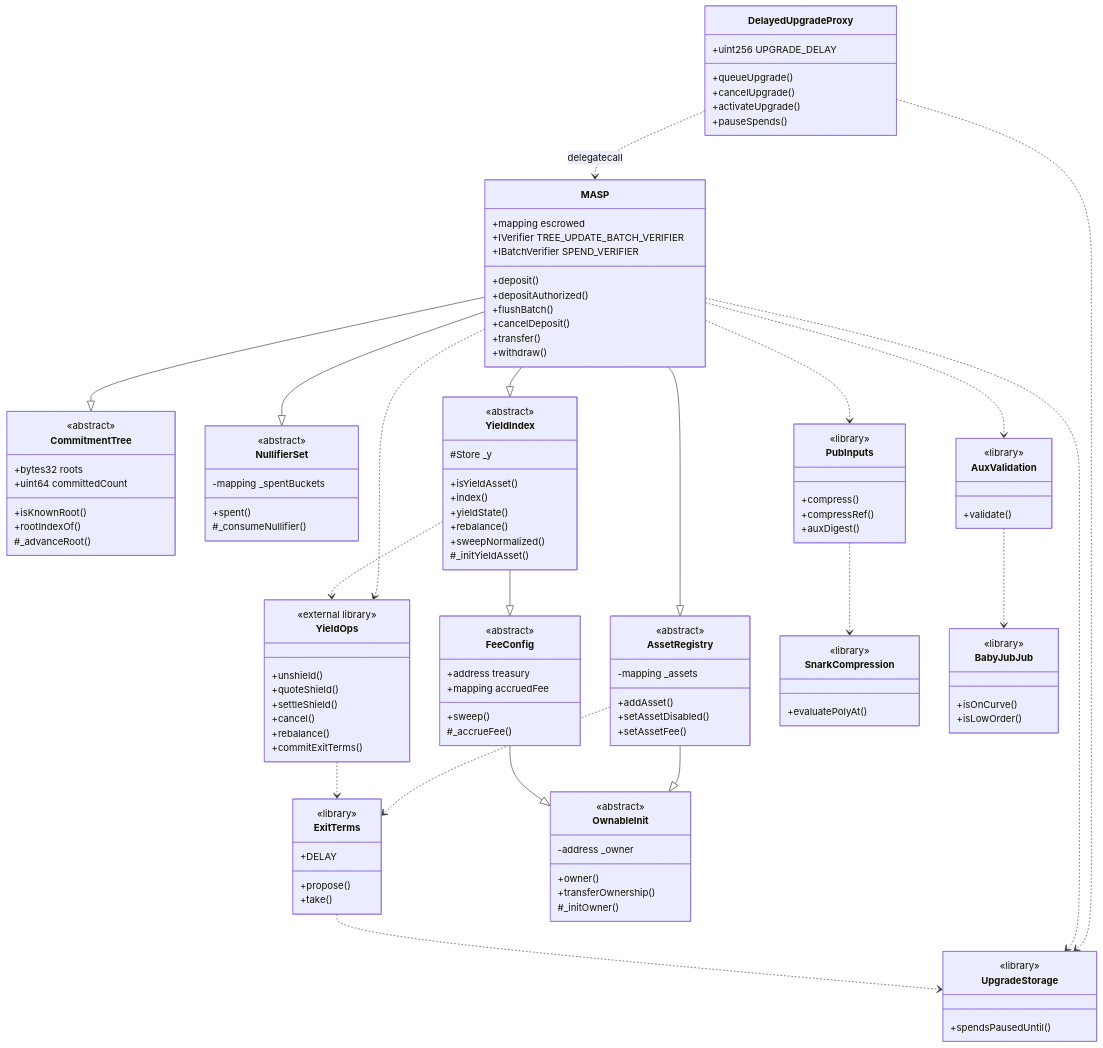
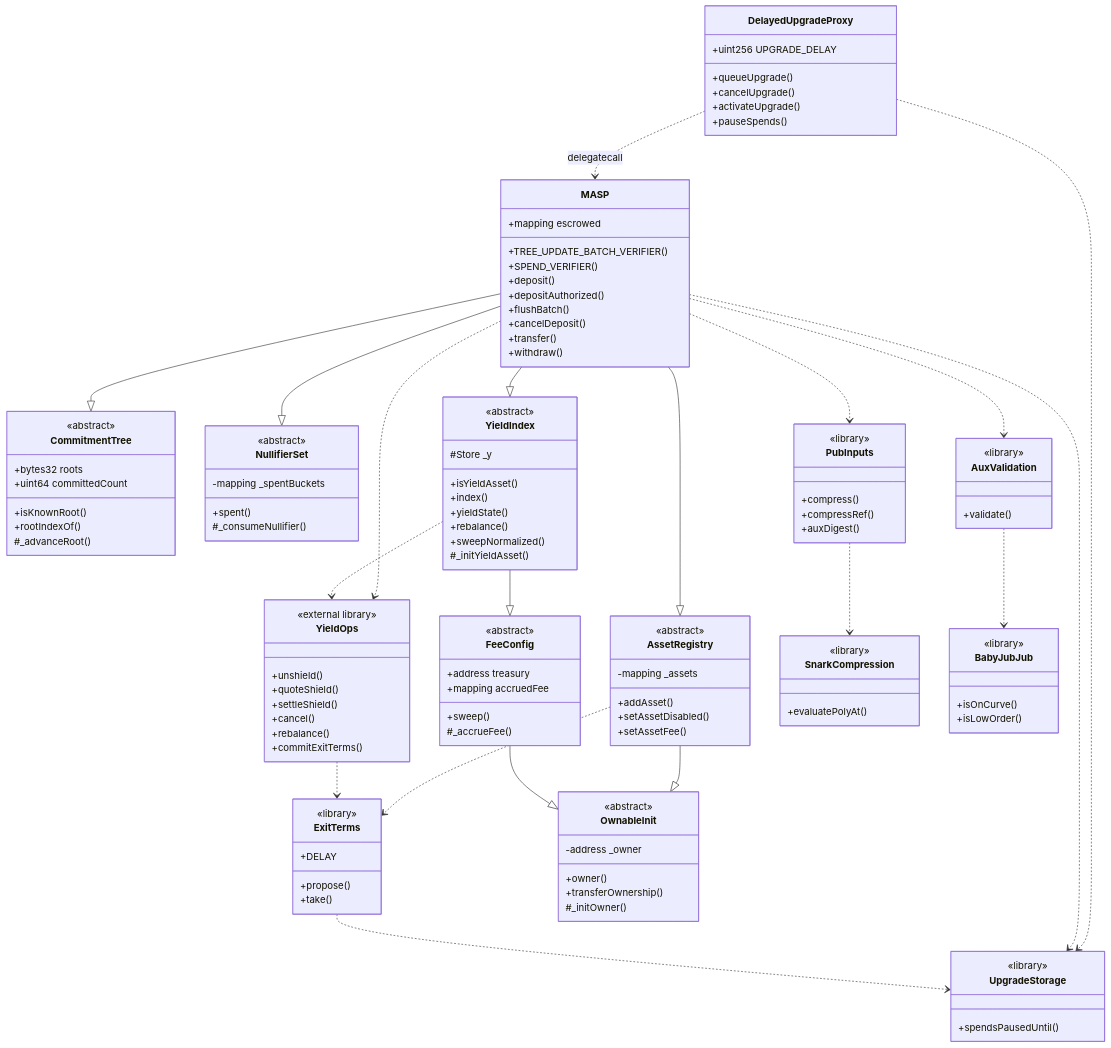
Before and after one commit to lelantos-org/contracts: the second of 12 diagrams in src/README.md, drawn with Mermaid. The commit also changed other lines of this file and 61 other files, not shown here.

```diff
--- a/src/README.md
+++ b/src/README.md
@@ -81,8 +81,8 @@
 classDiagram
   class MASP {
     +mapping escrowed
-    +IVerifier TREE_UPDATE_BATCH_VERIFIER
-    +IBatchVerifier SPEND_VERIFIER
+    +TREE_UPDATE_BATCH_VERIFIER()
+    +SPEND_VERIFIER()
     +deposit()
     +depositAuthorized()
     +flushBatch()
```
